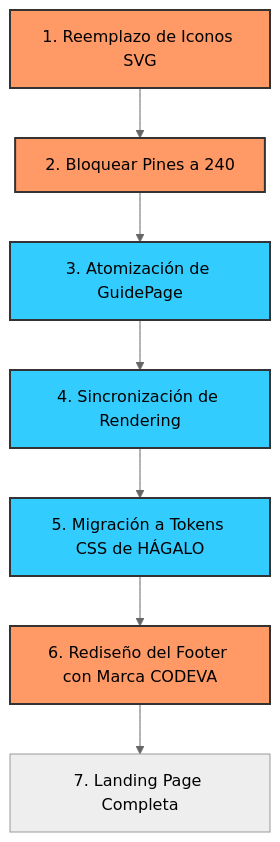
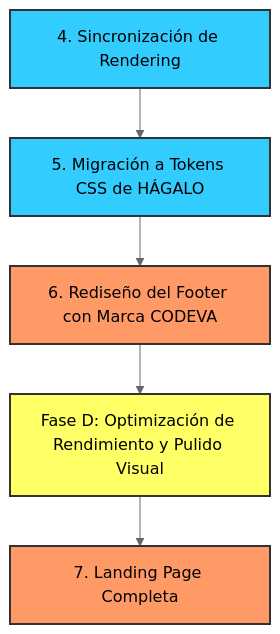
One commit to gonzalo-toledo/string_art_system changed the diagram in docs/todo_list.md. Above: the diagram before and after it, drawn with Mermaid (neutral theme). The commit also changed other lines of this file and 12 other files, not shown here.

````diff
--- a/docs/todo_list.md
+++ b/docs/todo_list.md
@@ -9,16 +9,13 @@
 ```mermaid
 graph TD
-    T1[1. Reemplazo de Iconos SVG] --> T2[2. Bloquear Pines a 240]
-    T2 --> T3[3. Atomización de GuidePage]
-    T3 --> T4[4. Sincronización de Rendering]
-    T4 --> T5[5. Migración a Tokens CSS de HÁGALO]
+    T4[4. Sincronización de Rendering] --> T5[5. Migración a Tokens CSS de HÁGALO]
     T5 --> T6[6. Rediseño del Footer con Marca CODEVA]
-    T6 --> T7[7. Landing Page Completa]
+    T6 --> FD[Fase D: Optimización de Rendimiento y Pulido Visual]
+    FD --> T7[7. Landing Page Completa]
     
-    style T1 fill:#f96,stroke:#333,stroke-width:2px
-    style T2 fill:#f96,stroke:#333,stroke-width:2px
-    style T3 fill:#3cf,stroke:#333,stroke-width:2px
     style T4 fill:#3cf,stroke:#333,stroke-width:2px
     style T5 fill:#3cf,stroke:#333,stroke-width:2px
     style T6 fill:#f96,stroke:#333,stroke-width:2px
+    style FD fill:#ff6,stroke:#333,stroke-width:2px
+    style T7 fill:#f96,stroke:#333,stroke-width:2px
 ```
````
